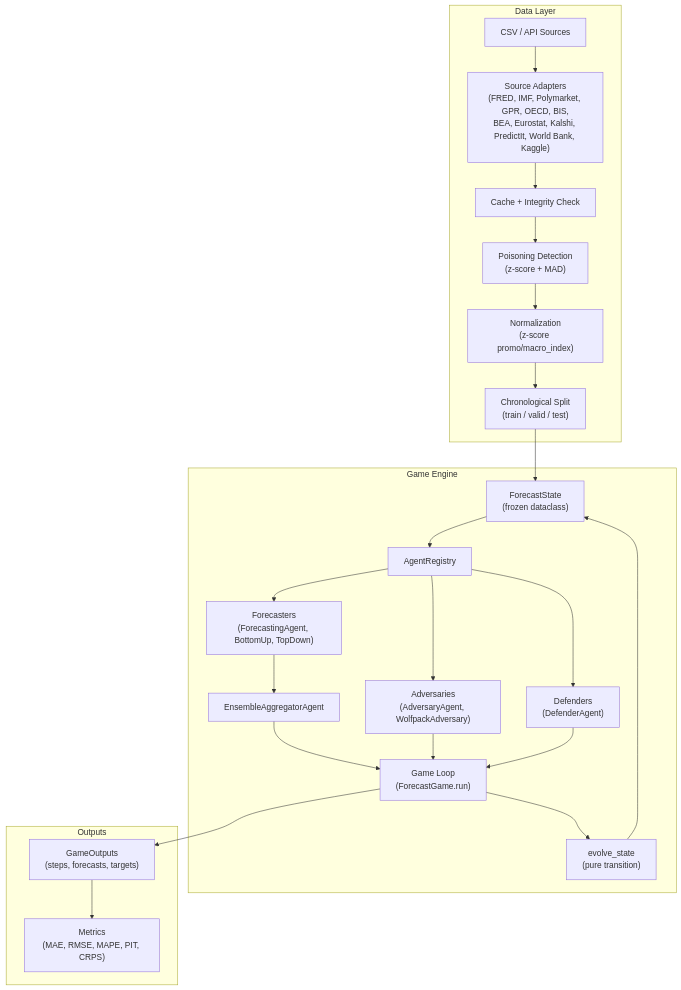
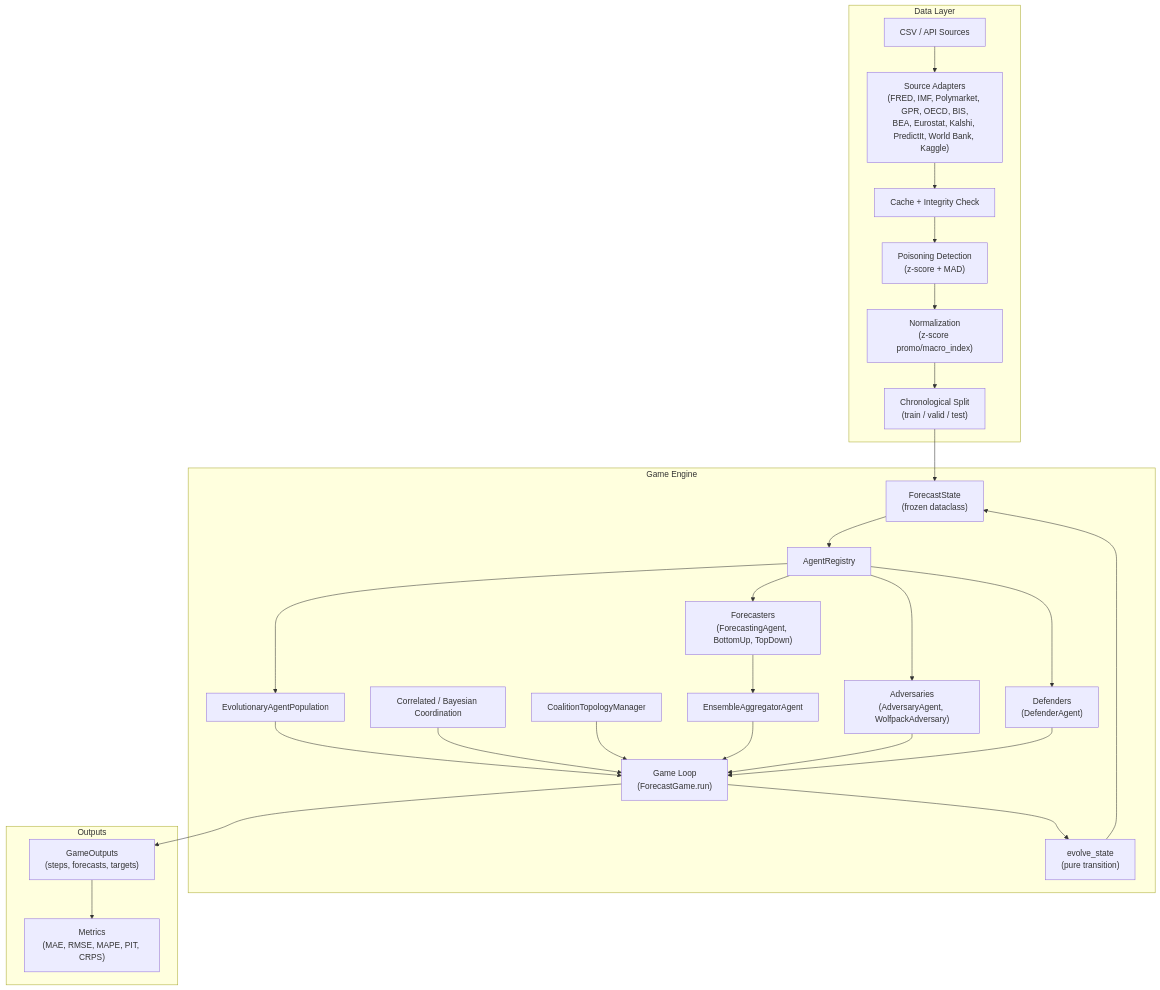
One commit to tripp-smith/marl-forecast-game changed the first of 5 diagrams in docs/architecture.md. Above: the diagram before and after it, drawn with Mermaid. The commit also changed other lines of this file and 33 other files, not shown here.

````diff
--- a/docs/architecture.md
+++ b/docs/architecture.md
@@ -18,38 +18,45 @@
 ```mermaid
 graph TB
     subgraph data ["Data Layer"]
         CSV["CSV / API Sources"]
         Adapters["Source Adapters<br/>(FRED, IMF, Polymarket, GPR, OECD, BIS,<br/>BEA, Eurostat, Kalshi, PredictIt, World Bank, Kaggle)"]
         Cache["Cache + Integrity Check"]
         Poison["Poisoning Detection<br/>(z-score + MAD)"]
         Norm["Normalization<br/>(z-score promo/macro_index)"]
         Split["Chronological Split<br/>(train / valid / test)"]
     end
 
     subgraph engine ["Game Engine"]
         State["ForecastState<br/>(frozen dataclass)"]
         Registry["AgentRegistry"]
         Forecasters["Forecasters<br/>(ForecastingAgent, BottomUp, TopDown)"]
         Adversaries["Adversaries<br/>(AdversaryAgent, WolfpackAdversary)"]
         Defenders["Defenders<br/>(DefenderAgent)"]
+        Evo["EvolutionaryAgentPopulation"]
+        Eq["Correlated / Bayesian Coordination"]
+        Topo["CoalitionTopologyManager"]
         Aggregator["EnsembleAggregatorAgent"]
         Loop["Game Loop<br/>(ForecastGame.run)"]
         Evolve["evolve_state<br/>(pure transition)"]
     end
 
     subgraph outputs ["Outputs"]
         GameOutputs["GameOutputs<br/>(steps, forecasts, targets)"]
         Metrics["Metrics<br/>(MAE, RMSE, MAPE, PIT, CRPS)"]
     end
 
     CSV --> Adapters --> Cache --> Poison --> Norm --> Split
     Split --> State
     State --> Registry
     Registry --> Forecasters & Adversaries & Defenders
+    Registry --> Evo
+    Evo --> Loop
+    Eq --> Loop
+    Topo --> Loop
     Forecasters --> Aggregator
     Aggregator --> Loop
     Adversaries --> Loop
     Defenders --> Loop
     Loop --> Evolve --> State
     Loop --> GameOutputs --> Metrics
 ```
````
